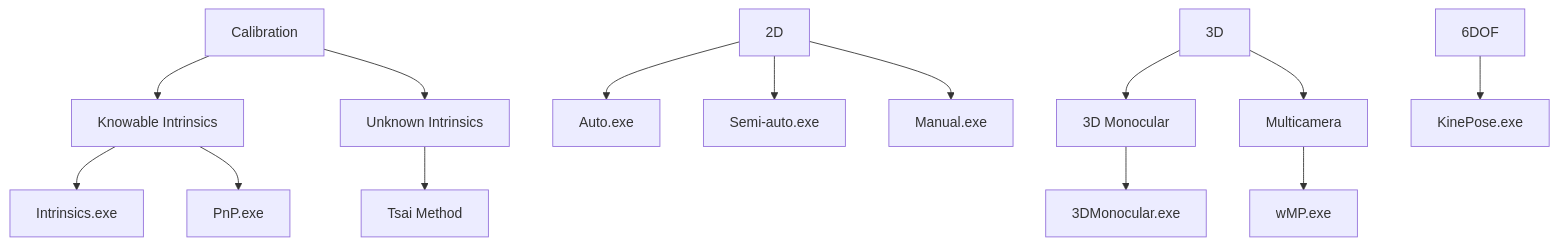
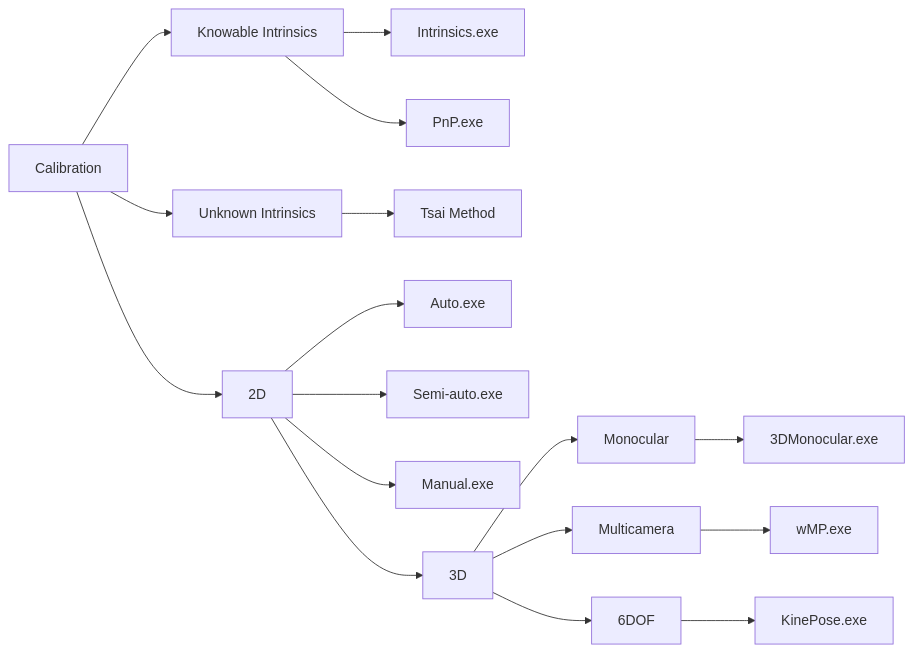
The diagram in README.md (KevGildea/KinePose), drawn with Mermaid before and after one commit.

````diff
--- a/README.md
+++ b/README.md
@@ -45,20 +45,23 @@
 ```mermaid
-graph TD;
+graph LR;
     Calibration --> Knowable[Knowable Intrinsics];
     Knowable --> Intrinsics[Intrinsics.exe];
     Knowable --> PnP[PnP.exe];
     Calibration --> Unknown[Unknown Intrinsics];
     Unknown --> Tsai[Tsai Method];
     
+    Calibration --> 2D;
     2D --> Auto[Auto.exe];
     2D --> SemiAuto[Semi-auto.exe];
     2D --> Manual[Manual.exe];
     
-    3D --> Monocular[3D Monocular];
+    2D --> 3D;
+    3D --> Monocular[Monocular];
     Monocular --> 3DMonocular[3DMonocular.exe];
     3D --> Multicamera[Multicamera];
     Multicamera --> wMP[wMP.exe];
     
+    3D --> 6DOF;
     6DOF --> KinePose[KinePose.exe];
 
 ```
````
